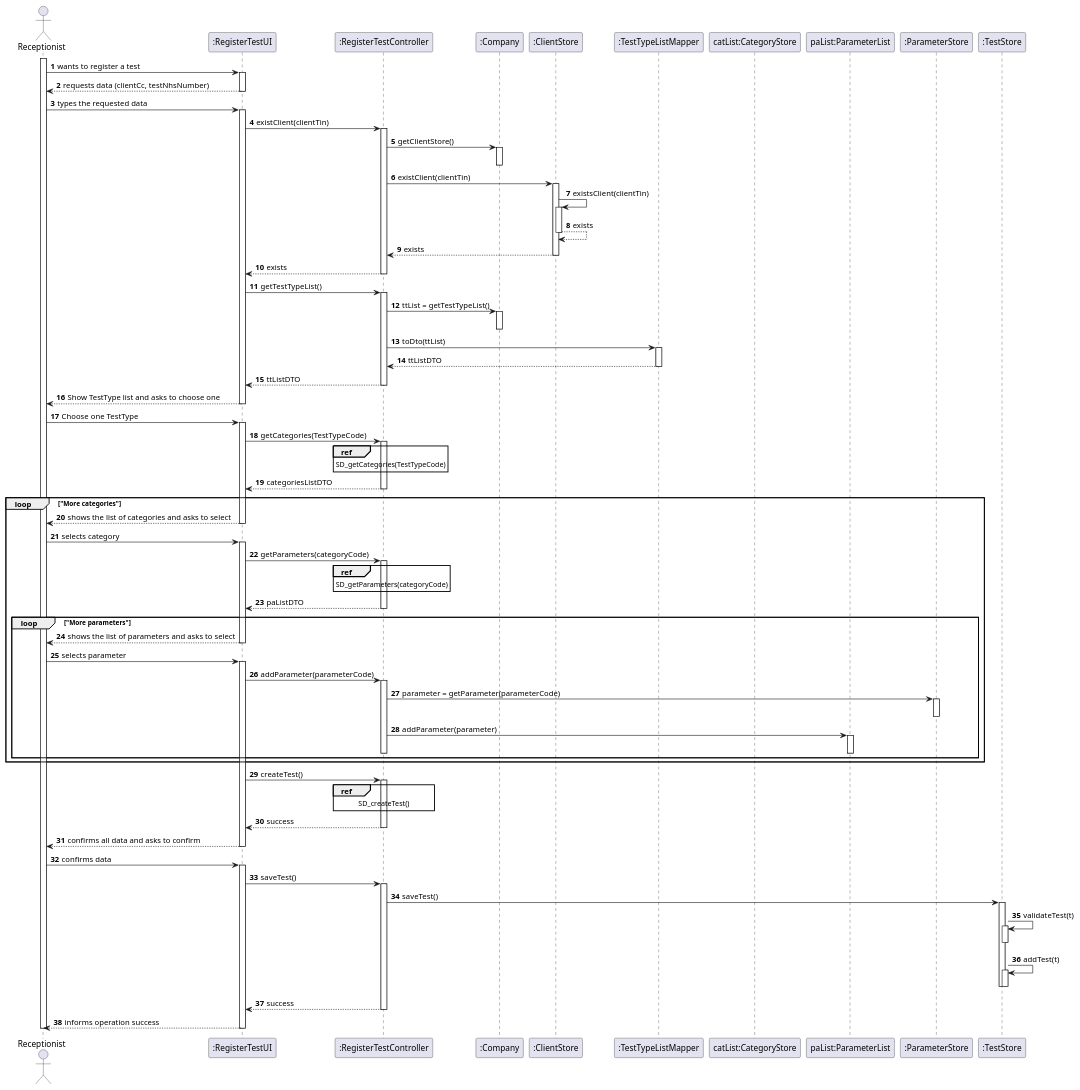
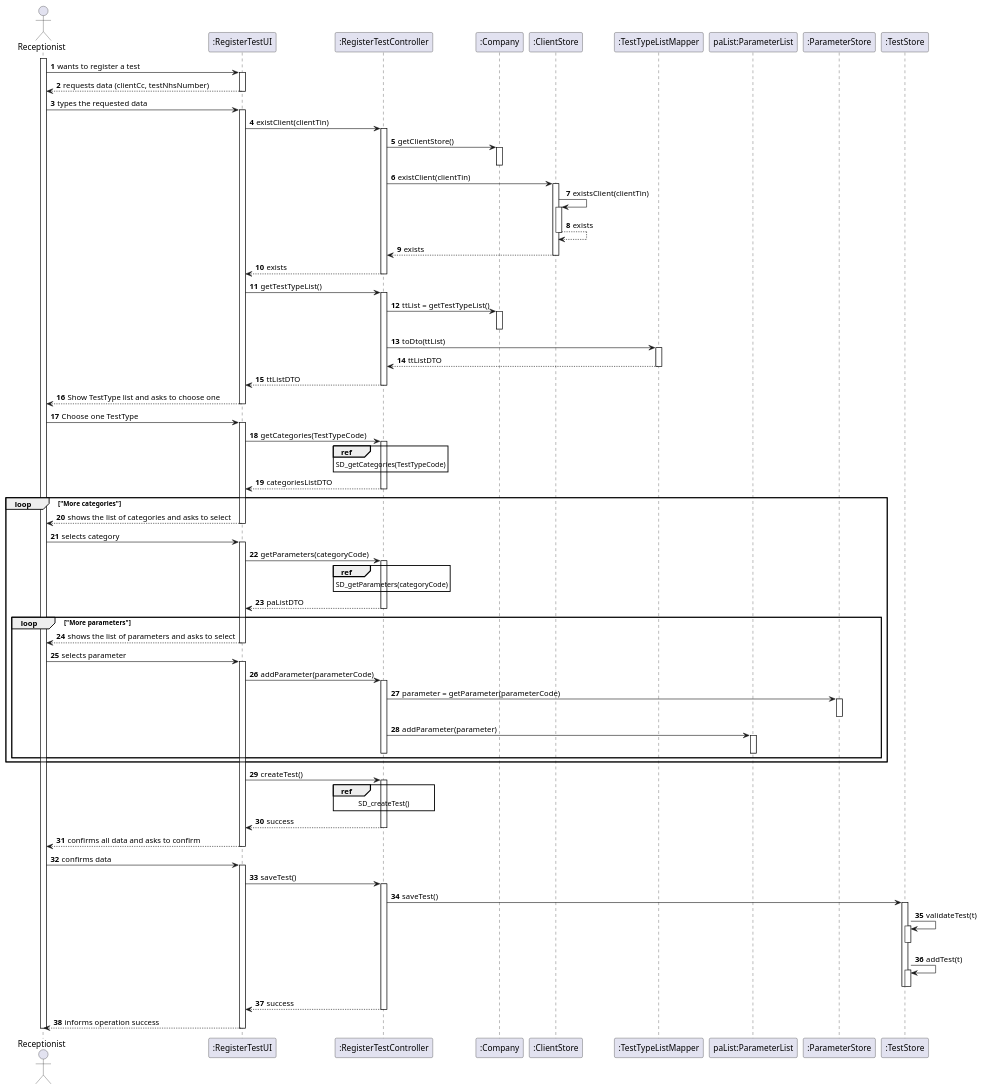
The diagram in docs/SprintC/US04/US4_SD.puml (MarianaCLages/LAPR2), drawn with PlantUML before and after one commit. The commit also changed 25 other files, not shown here.

```diff
--- a/docs/SprintC/US04/US4_SD.puml
+++ b/docs/SprintC/US04/US4_SD.puml
@@ -1,118 +1,117 @@
 @startuml
 
 autonumber
 
 actor Receptionist as R
 participant ":RegisterTestUI" as UI
 participant ":RegisterTestController" as ctrl
 participant ":Company" as comp
 participant ":ClientStore" as cStore
 participant ":TestTypeListMapper" as mapper
-participant "catList:CategoryStore" as catList
 participant "paList:ParameterList" as paList
 participant ":ParameterStore" as paStore
 participant ":TestStore" as tStore
 
 
 
 activate R
 R -> UI: wants to register a test
 activate UI
 UI --> R: requests data (clientCc, testNhsNumber)
 
 deactivate UI
 R -> UI: types the requested data
 activate UI
 UI -> ctrl: existClient(clientTin)
 activate ctrl
 ctrl -> comp: getClientStore()
 activate comp
 deactivate
 ctrl -> cStore: existClient(clientTin)
 activate cStore
 cStore -> cStore: existsClient(clientTin)
 activate cStore
 return exists
 return exists
 return exists
 deactivate cStore
 deactivate cStore
 
 UI -> ctrl: getTestTypeList()
 activate ctrl
 ctrl -> comp: ttList = getTestTypeList()
 activate comp
 deactivate
 ctrl -> mapper: toDto(ttList)
 activate mapper
 return ttListDTO
 return ttListDTO
 deactivate mapper
 deactivate ctrl
 
 deactivate ctrl
 UI --> R: Show TestType list and asks to choose one
 deactivate UI
 R -> UI: Choose one TestType
 activate UI
 UI -> ctrl: getCategories(TestTypeCode)
 activate ctrl
 ref over ctrl: SD_getCategories(TestTypeCode)
 return categoriesListDTO
 deactivate ctrl
 
 loop "More categories"
 UI --> R: shows the list of categories and asks to select
 deactivate UI
 R -> UI: selects category
 activate UI
 UI -> ctrl: getParameters(categoryCode)
 activate ctrl
 ref over ctrl: SD_getParameters(categoryCode)
 return paListDTO
 
 deactivate ctrl
 loop "More parameters"
 UI --> R: shows the list of parameters and asks to select
 deactivate UI
 R -> UI: selects parameter
 activate UI
 UI -> ctrl: addParameter(parameterCode)
 activate ctrl
 ctrl -> paStore: parameter = getParameter(parameterCode)
 activate paStore
 deactivate
 ctrl -> paList: addParameter(parameter)
 activate paList
 deactivate
 deactivate
 end
 end
 UI -> ctrl: createTest()
 activate ctrl
 ref over ctrl: SD_createTest()
 ctrl --> UI: success
 deactivate ctrl
 
 UI --> R: confirms all data and asks to confirm
 deactivate UI
 R -> UI: confirms data
 activate UI
 UI -> ctrl: saveTest()
 activate ctrl
 ctrl -> tStore: saveTest()
 activate tStore
 tStore -> tStore: validateTest(t)
 activate tStore
 deactivate
 tStore -> tStore: addTest(t)
 activate tStore
 deactivate
 deactivate
 return success
 
 deactivate ctrl
 UI --> R: informs operation success
 deactivate UI
 deactivate R
 @enduml
```
